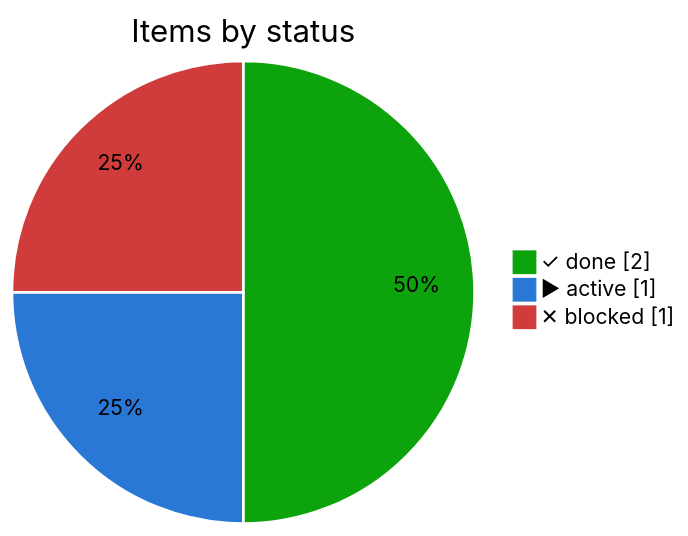
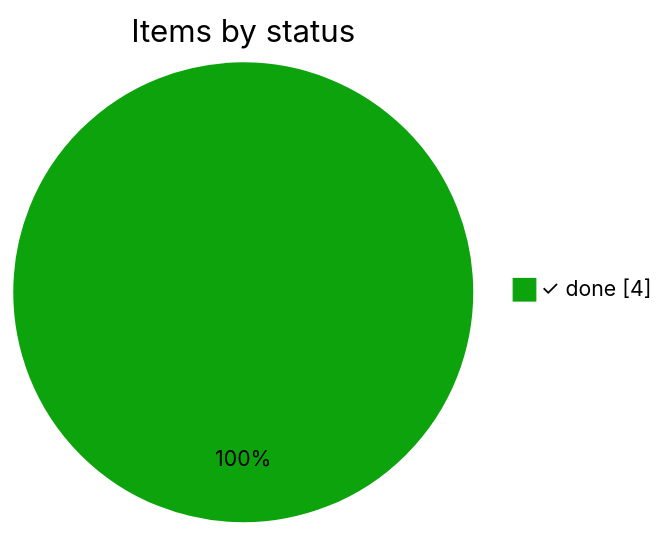
The first of 3 diagrams in ci.md (bvraghav/pmtrack), drawn with Mermaid before and after one commit. The commit also changed other lines of this file and 4 other files, not shown here.

````diff
--- a/ci.md
+++ b/ci.md
@@ -9,7 +9,5 @@
 ```mermaid
-%%{init: {"themeVariables": {"pie1": "#0ca30c", "pie2": "#2a78d6", "pie3": "#d03b3b", "pieOpacity": "1", "pieSectionTextColor": "#000", "pieStrokeColor": "#fff", "pieStrokeWidth": "2px", "pieOuterStrokeWidth": "0px"}}}%%
+%%{init: {"themeVariables": {"pie1": "#0ca30c", "pieOpacity": "1", "pieSectionTextColor": "#000", "pieStrokeColor": "#fff", "pieStrokeWidth": "2px", "pieOuterStrokeWidth": "0px"}}}%%
 pie showData title Items by status
-  "✓ done" : 2
-  "▶ active" : 1
-  "✕ blocked" : 1
+  "✓ done" : 4
 ```
````
